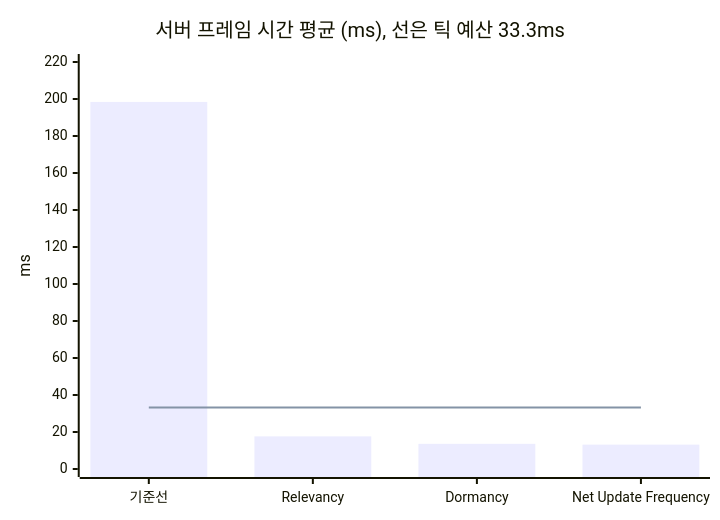
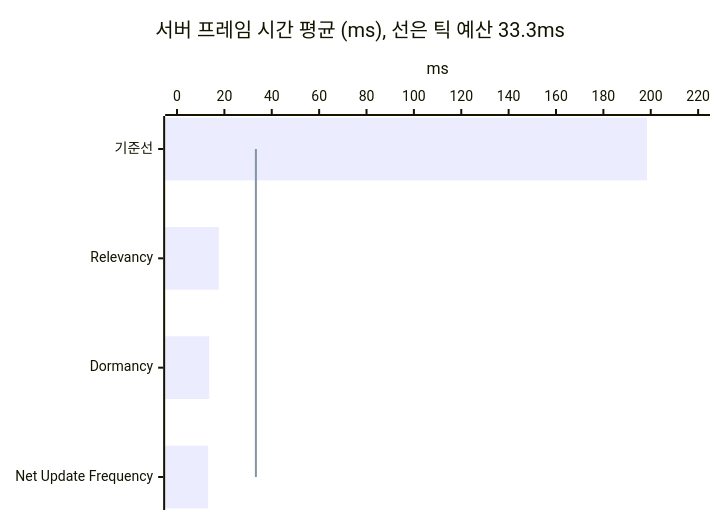
One commit to hon454/ue-dedicated-server-optimization-lab changed the diagram in README.md. Above: the diagram before and after it, drawn with Mermaid. The commit also changed 3 other files, not shown here.

First line of the commit message:
docs: lay the baseline flow out in two rows and turn the README chart sideways

````diff
--- a/README.md
+++ b/README.md
@@ -17,8 +17,8 @@
 ```mermaid
-xychart-beta
+xychart-beta horizontal
     title "서버 프레임 시간 평균 (ms), 선은 틱 예산 33.3ms"
     x-axis ["기준선", "Relevancy", "Dormancy", "Net Update Frequency"]
     y-axis "ms" 0 --> 220
     bar [198.43, 17.64, 13.60, 13.16]
     line [33.3, 33.3, 33.3, 33.3]
 ```
````
